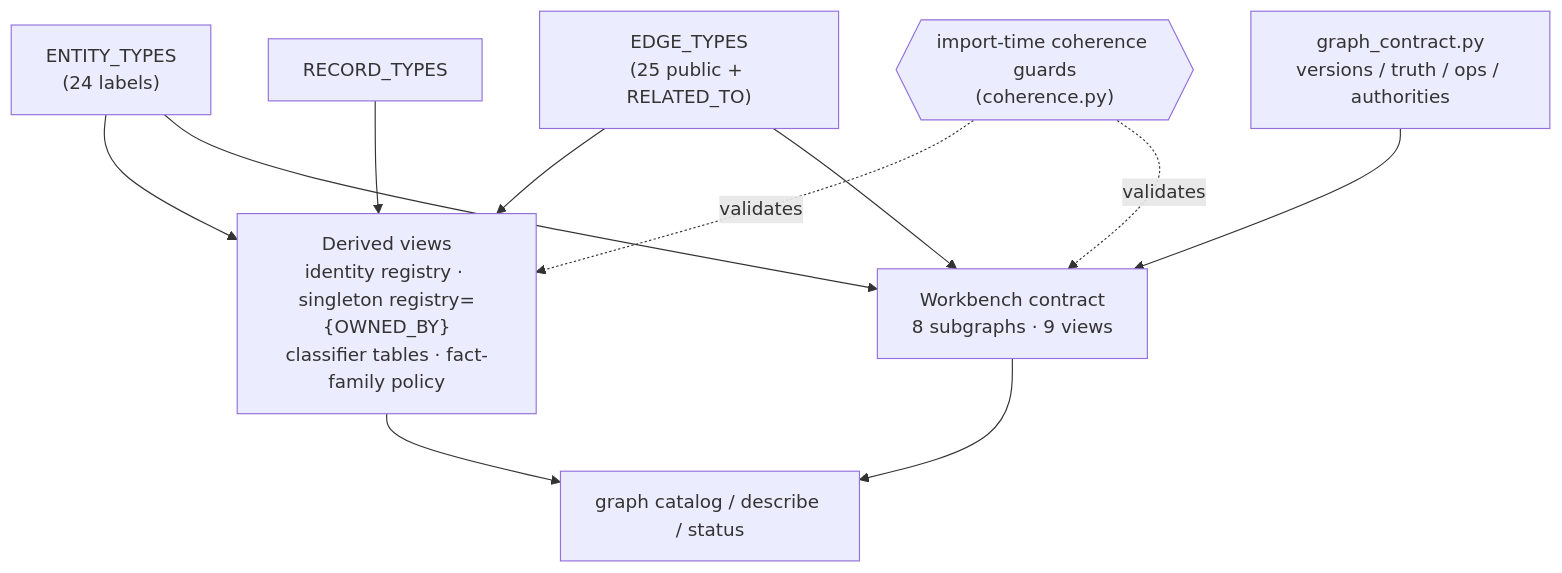
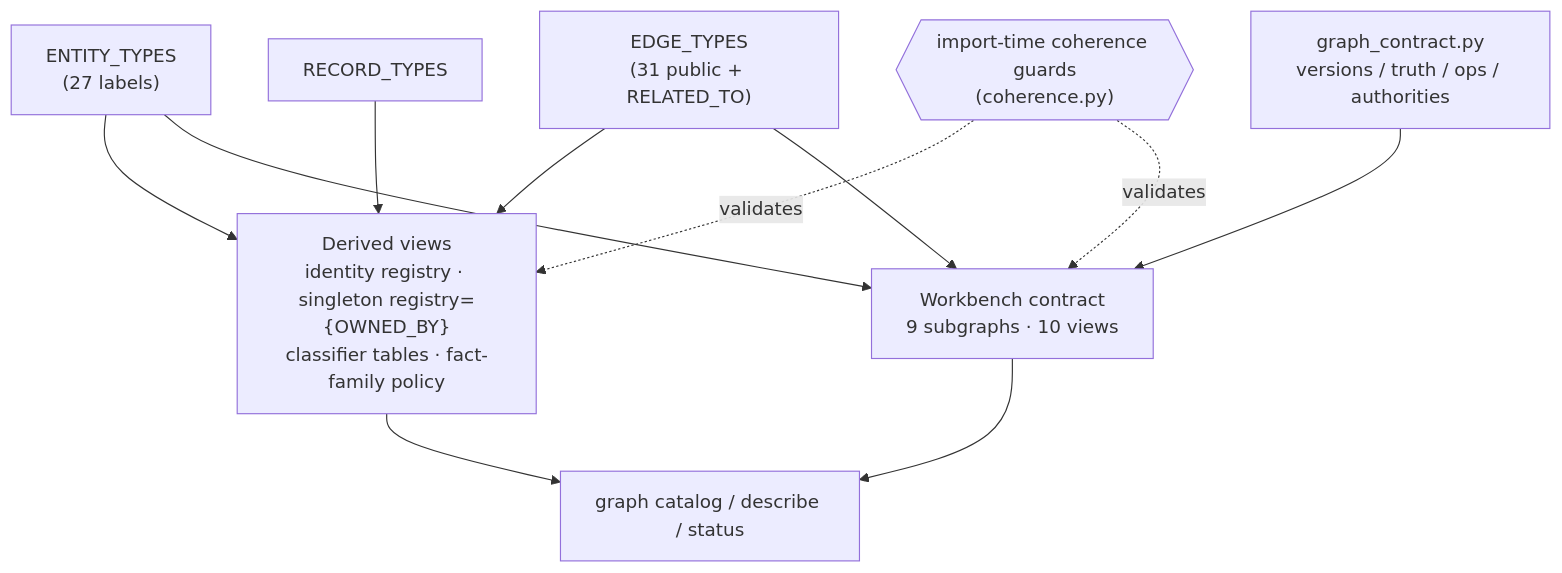
Before and after one commit to potpie-ai/potpie: the diagram in docs/context-graph/ontology.md, drawn with Mermaid. The commit also changed other lines of this file and 41 other files, not shown here.

````diff
--- a/docs/context-graph/ontology.md
+++ b/docs/context-graph/ontology.md
@@ -41,23 +41,23 @@
 ```mermaid
 flowchart TB
-  ont_e["ENTITY_TYPES<br/>(24 labels)"]
-  ont_p["EDGE_TYPES<br/>(25 public + RELATED_TO)"]
+  ont_e["ENTITY_TYPES<br/>(27 labels)"]
+  ont_p["EDGE_TYPES<br/>(31 public + RELATED_TO)"]
   ont_r["RECORD_TYPES"]
   ont_c["graph_contract.py<br/>versions / truth / ops / authorities"]
 
   ont_views["Derived views<br/>identity registry · singleton registry={OWNED_BY}<br/>classifier tables · fact-family policy"]
-  ont_wb["Workbench contract<br/>8 subgraphs · 9 views"]
+  ont_wb["Workbench contract<br/>9 subgraphs · 10 views"]
   ont_out["graph catalog / describe / status"]
   ont_guard{{"import-time coherence guards<br/>(coherence.py)"}}
 
   ont_e --> ont_views
   ont_p --> ont_views
   ont_e --> ont_wb
   ont_p --> ont_wb
   ont_r --> ont_views
   ont_c --> ont_wb
   ont_views --> ont_out
   ont_wb --> ont_out
   ont_guard -. validates .-> ont_views
   ont_guard -. validates .-> ont_wb
 ```
````
